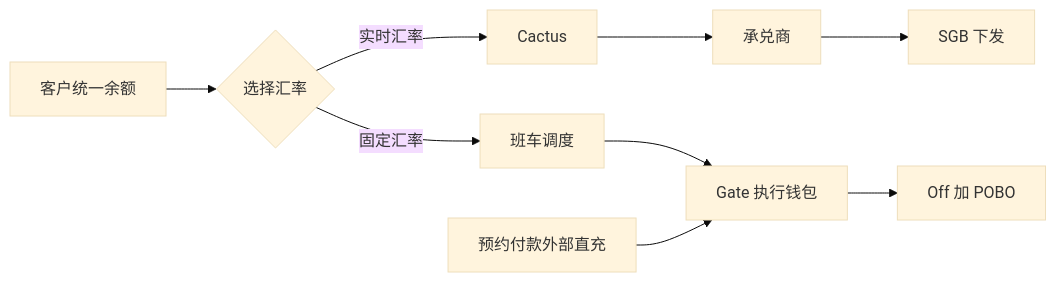
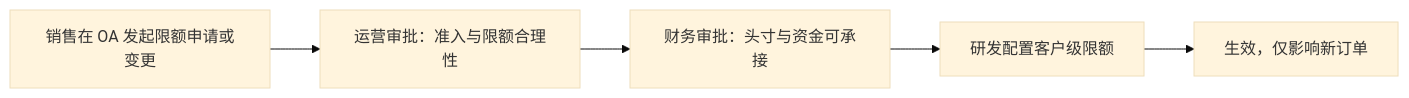
The second of 4 diagrams in Newofframp/汇率选择出款PRD.md (xiaoxiaoangie/EX-NEW), drawn with Mermaid (base theme) before and after one commit. The commit also changed other lines of this file and 20 other files, not shown here.

````diff
--- a/Newofframp/汇率选择出款PRD.md
+++ b/Newofframp/汇率选择出款PRD.md
@@ -115,11 +276,7 @@
 ```mermaid
 flowchart LR
-  A[客户统一余额] --> B{选择汇率}
-  B -->|实时汇率| C[Cactus]
-  C --> D[承兑商]
-  D --> E[SGB 下发]
-  B -->|固定汇率| F[班车调度]
-  F --> G[Gate 执行钱包]
-  G --> H[Off 加 POBO]
-  I[预约付款外部直充] --> G
+  A[销售在 OA 发起限额申请或变更] --> B[运营审批：准入与限额合理性]
+  B --> C[财务审批：头寸与资金可承接]
+  C --> D[研发配置客户级限额]
+  D --> E[生效，仅影响新订单]
 ```
````
